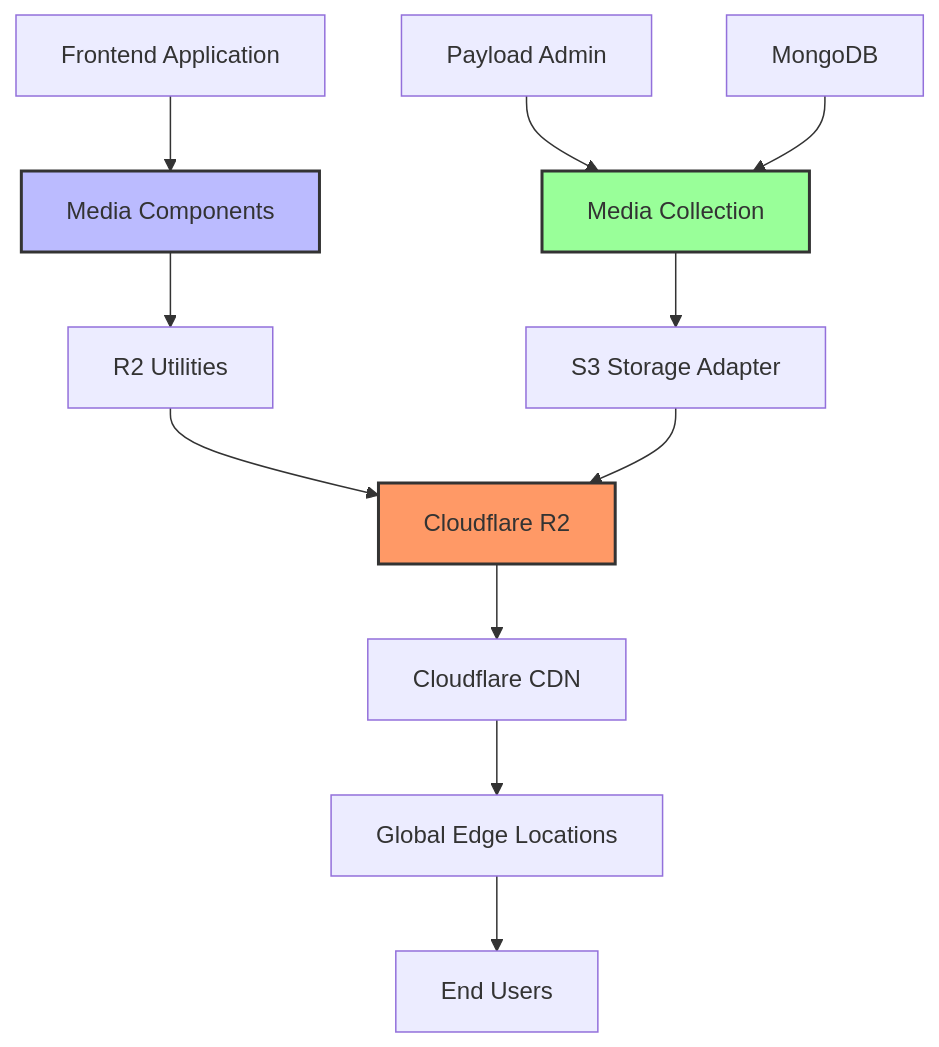
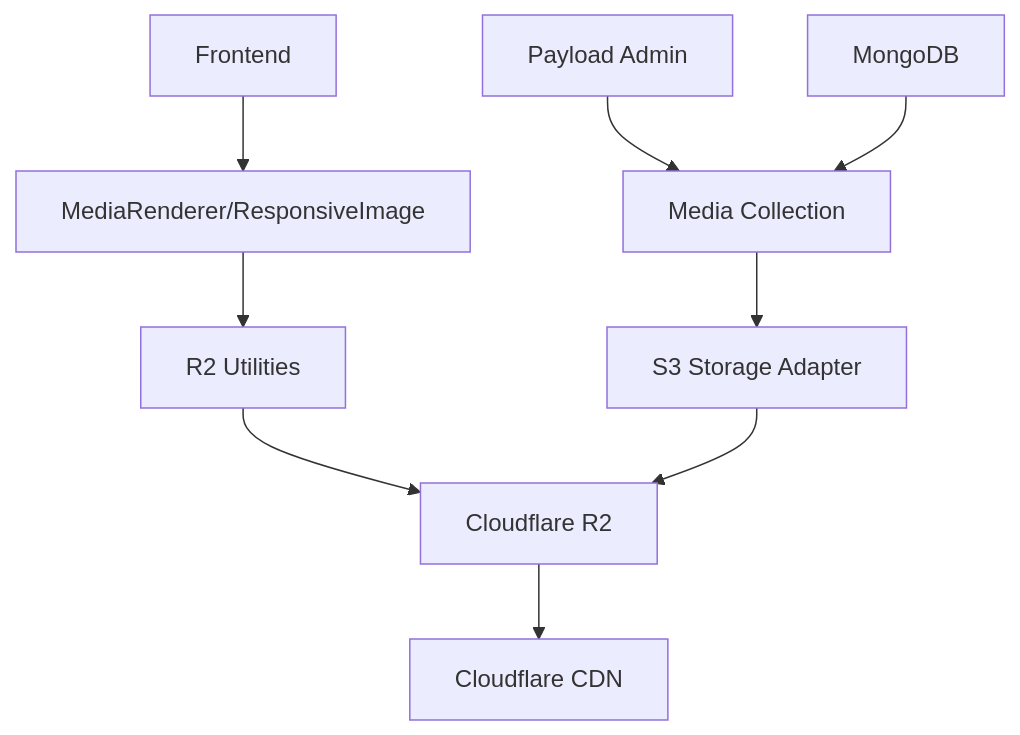
One commit to galbii/KAWAI changed the diagram in docs/MEDIA_SYSTEM_ARCHITECTURE.md. Above: the diagram before and after it, drawn with Mermaid. The commit also changed other lines of this file and 21 other files, not shown here.

````diff
--- a/docs/MEDIA_SYSTEM_ARCHITECTURE.md
+++ b/docs/MEDIA_SYSTEM_ARCHITECTURE.md
@@ -37,20 +26,13 @@
 ```mermaid
 graph TB
-    A[Frontend Application] --> B[Media Components]
+    A[Frontend] --> B[MediaRenderer/ResponsiveImage]
     B --> C[R2 Utilities]
     C --> D[Cloudflare R2]
     
     E[Payload Admin] --> F[Media Collection]
     F --> G[S3 Storage Adapter]
     G --> D
     
     H[MongoDB] --> F
-    
     D --> I[Cloudflare CDN]
-    I --> J[Global Edge Locations]
-    J --> K[End Users]
-    
-    style D fill:#f96,stroke:#333,stroke-width:2px
-    style F fill:#9f9,stroke:#333,stroke-width:2px
-    style B fill:#bbf,stroke:#333,stroke-width:2px
 ```
````
